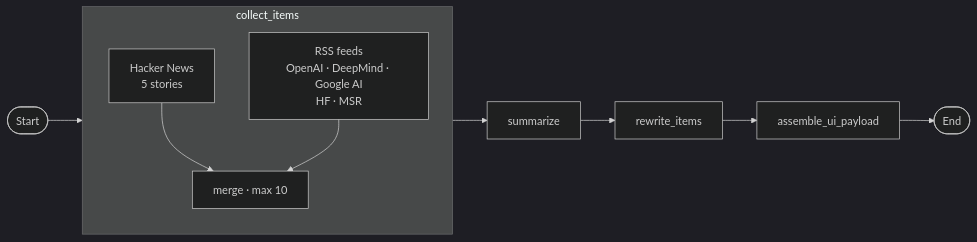
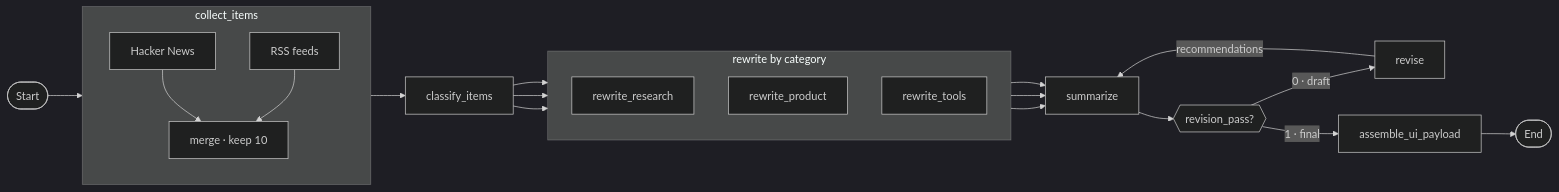
The diagram in README.md (eisenheiim/Top10TechNews), drawn with Mermaid (dark theme) before and after one commit. The commit also changed other lines of this file and 11 other files, not shown here.

````diff
--- a/README.md
+++ b/README.md
@@ -7,21 +9,40 @@
 ```mermaid
 flowchart LR
   START([Start])
 
   subgraph Collect["collect_items"]
     direction TB
-    HN["Hacker News<br/>5 stories"]
-    RSS["RSS feeds<br/>OpenAI · DeepMind · Google AI<br/>HF · MSR"]
-    Merge["merge · max 10"]
+    HN["Hacker News"]
+    RSS["RSS feeds"]
+    Merge["merge · keep 10"]
     HN --> Merge
     RSS --> Merge
   end
 
+  Classify[classify_items]
+
+  subgraph Routes["rewrite by category"]
+    direction TB
+    R[rewrite_research]
+    P[rewrite_product]
+    T[rewrite_tools]
+  end
+
   Summarize[summarize]
-  Rewrite[rewrite_items]
+  Gate{{"revision_pass?"}}
+  Revise[revise]
   Assemble[assemble_ui_payload]
   ENDNODE([End])
 
-  START --> Collect
-  Collect --> Summarize --> Rewrite --> Assemble --> ENDNODE
+  START --> Collect --> Classify
+  Classify --> R
+  Classify --> P
+  Classify --> T
+  R --> Summarize
+  P --> Summarize
+  T --> Summarize
+  Summarize --> Gate
+  Gate -->|"0 · draft"| Revise
+  Revise -->|"recommendations"| Summarize
+  Gate -->|"1 · final"| Assemble --> ENDNODE
 ```
````
